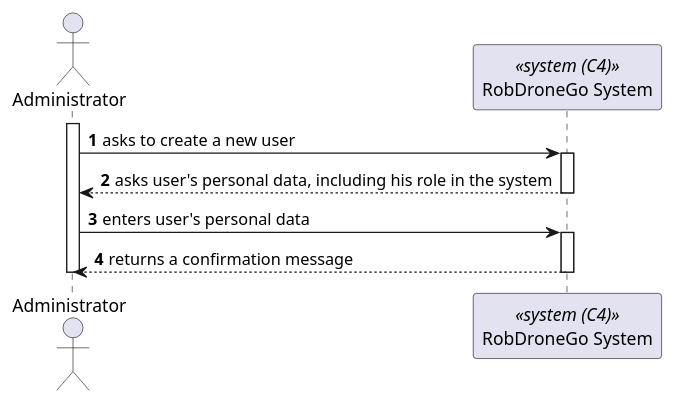
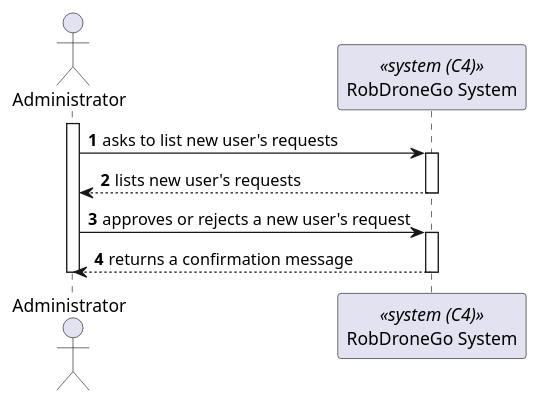
Before and after one commit to miseEnPlace-dev/lapr5: the diagram in _wiki/sprint-c/us-80/views/level-1/process-view.puml, drawn with PlantUML. The commit also changed 3 other files, not shown here.

```diff
--- a/_wiki/sprint-c/us-80/views/level-1/process-view.puml
+++ b/_wiki/sprint-c/us-80/views/level-1/process-view.puml
@@ -1,22 +1,22 @@
 @startuml process-view
 autonumber
 
 actor ADM as "Administrator"
 participant SYS as "RobDroneGo System" <<system (C4)>>
 
 activate ADM
 
-ADM -> SYS : asks to create a new user
+ADM -> SYS : asks to list new user's requests
 activate SYS
-ADM <-- SYS : asks user's personal data, including his role in the system
+ADM <-- SYS : lists new user's requests
 deactivate SYS
 
-ADM -> SYS : enters user's personal data
+ADM -> SYS : approves or rejects a new user's request
 activate SYS
 
 ADM <-- SYS : returns a confirmation message
 deactivate SYS
 
 deactivate ADM
 
 @enduml
```
